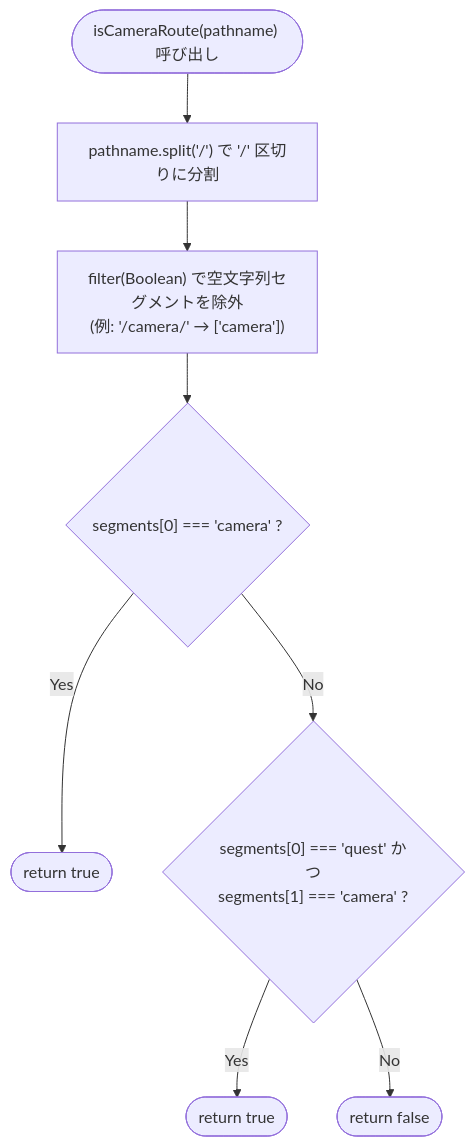
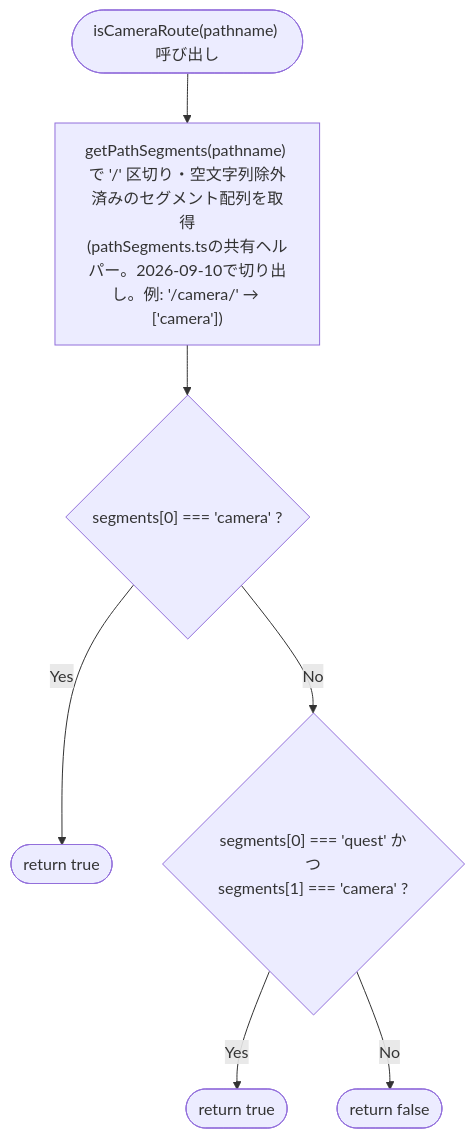
The first of 2 diagrams in docs/specifications/family-quest/src/lib/routing.md (mmtigers/my_python_project), drawn with Mermaid before and after one commit. The commit also changed other lines of this file and 8 other files, not shown here.

````diff
--- a/docs/specifications/family-quest/src/lib/routing.md
+++ b/docs/specifications/family-quest/src/lib/routing.md
@@ -62,10 +63,9 @@
 ```mermaid
 flowchart TD
-    Start(["isCameraRoute(pathname) 呼び出し"]) --> Split["pathname.split('/') で '/' 区切りに分割"]
-    Split --> FilterEmpty["filter(Boolean) で空文字列セグメントを除外\n(例: '/camera/' → ['camera'])"]
-    FilterEmpty --> CheckFirstCamera{"segments[0] === 'camera' ?"}
+    Start(["isCameraRoute(pathname) 呼び出し"]) --> GetSegments["getPathSegments(pathname) で '/' 区切り・空文字列除外済みのセグメント配列を取得\n(pathSegments.tsの共有ヘルパー。2026-09-10で切り出し。例: '/camera/' → ['camera'])"]
+    GetSegments --> CheckFirstCamera{"segments[0] === 'camera' ?"}
     CheckFirstCamera -- Yes --> ReturnTrue1(["return true"])
     CheckFirstCamera -- No --> CheckQuestCamera{"segments[0] === 'quest' かつ\nsegments[1] === 'camera' ?"}
     CheckQuestCamera -- Yes --> ReturnTrue2(["return true"])
     CheckQuestCamera -- No --> ReturnFalse(["return false"])
 ```
````
